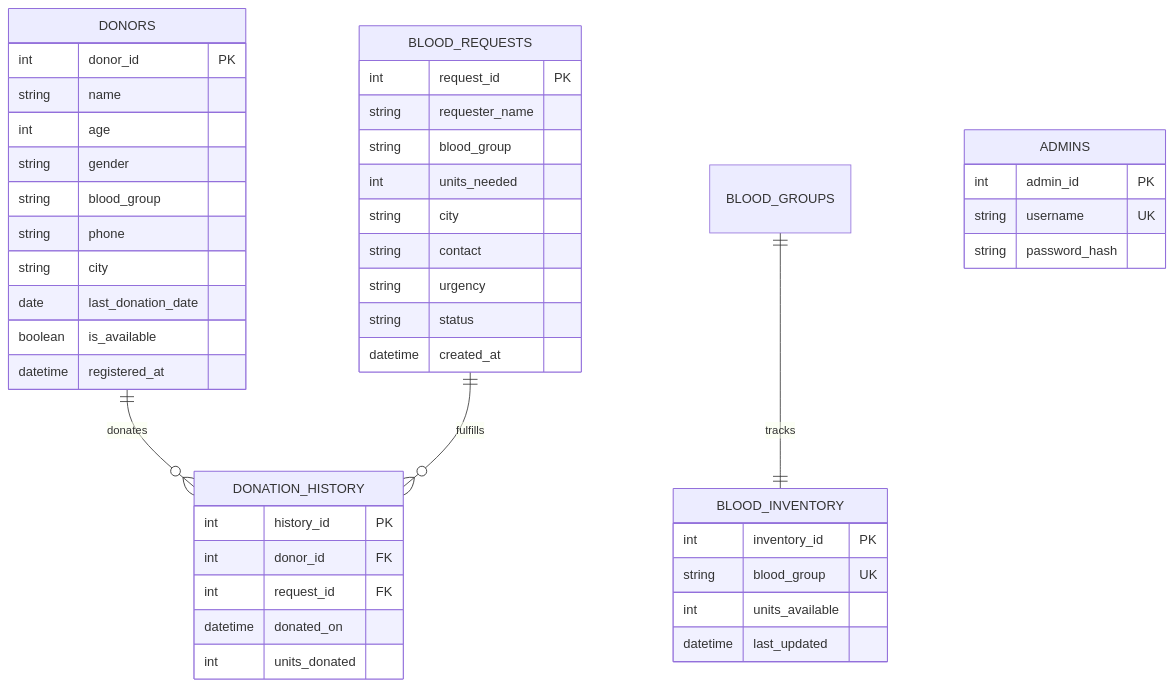
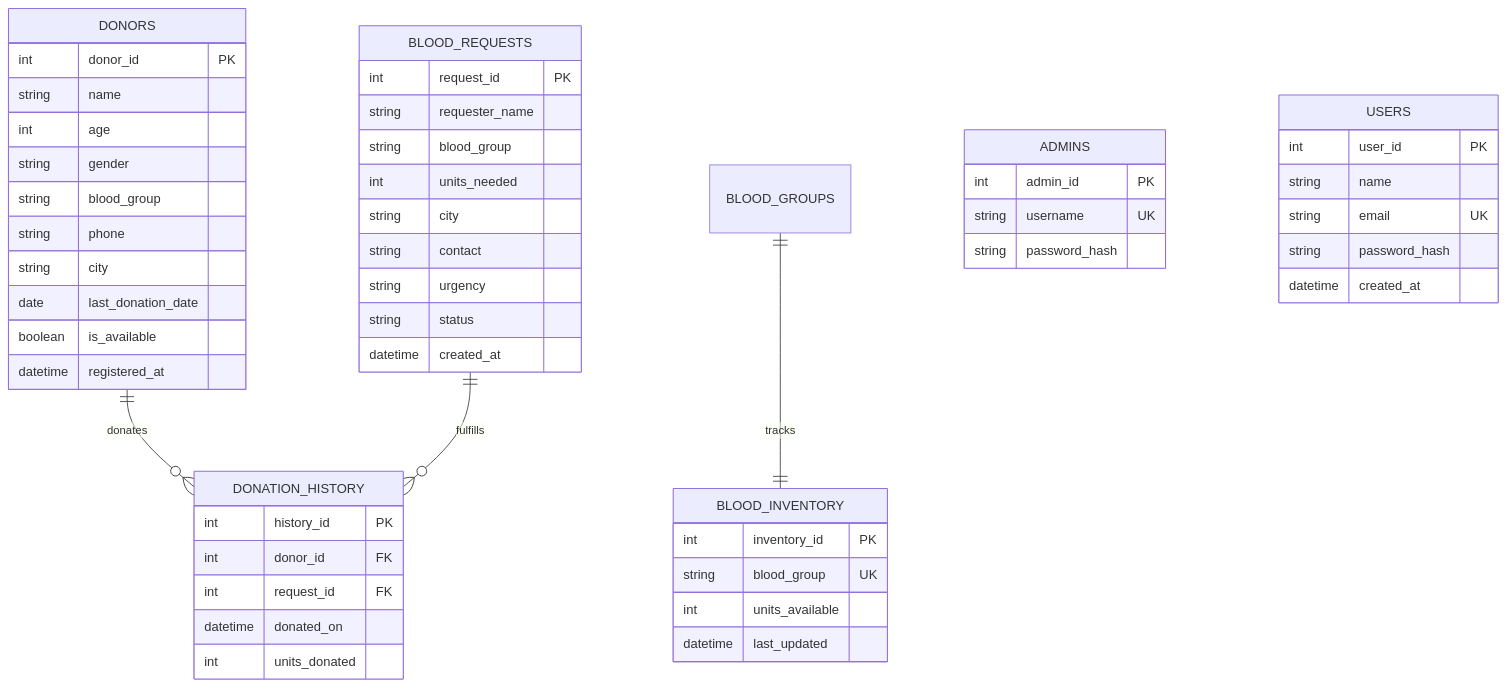
One commit to DasAbin/BloodConnect changed the diagram in README.md. Above: the diagram before and after it, drawn with Mermaid. The commit also changed other lines of this file and 8 other files, not shown here.

````diff
--- a/README.md
+++ b/README.md
@@ -11,52 +11,60 @@
 ```mermaid
 erDiagram
     DONORS ||--o{ DONATION_HISTORY : "donates"
     BLOOD_REQUESTS ||--o{ DONATION_HISTORY : "fulfills"
     BLOOD_GROUPS ||--|| BLOOD_INVENTORY : "tracks"
 
     DONORS {
         int donor_id PK
         string name
         int age
         string gender
         string blood_group
         string phone
         string city
         date last_donation_date
         boolean is_available
         datetime registered_at
     }
 
     BLOOD_REQUESTS {
         int request_id PK
         string requester_name
         string blood_group
         int units_needed
         string city
         string contact
         string urgency
         string status
         datetime created_at
     }
 
     DONATION_HISTORY {
         int history_id PK
         int donor_id FK
         int request_id FK
         datetime donated_on
         int units_donated
     }
 
     BLOOD_INVENTORY {
         int inventory_id PK
         string blood_group UK
         int units_available
         datetime last_updated
     }
 
     ADMINS {
         int admin_id PK
         string username UK
         string password_hash
     }
+
+    USERS {
+        int user_id PK
+        string name
+        string email UK
+        string password_hash
+        datetime created_at
+    }
 ```
````
